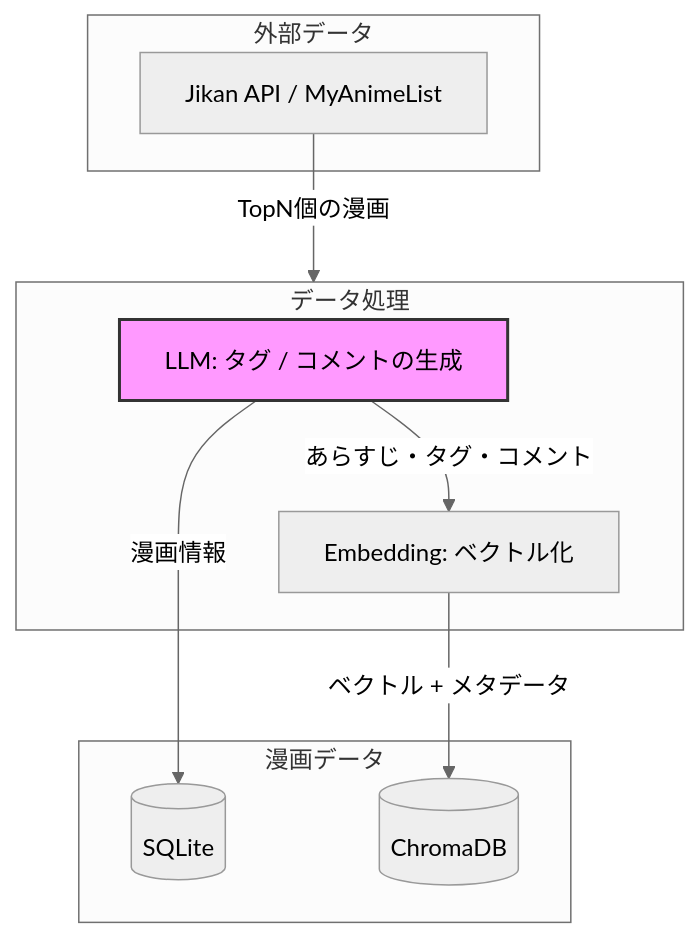
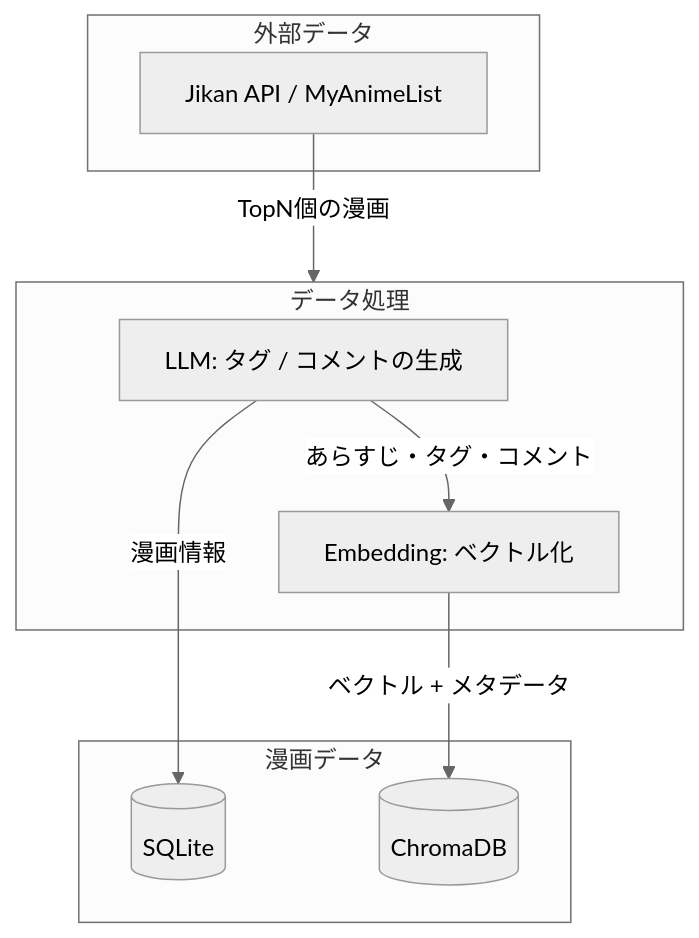
One commit to tsuruta3stack/manga-libraly-by-ai changed the second of 3 diagrams in README.md. Above: the diagram before and after it, drawn with Mermaid (neutral theme).

Commit message:
update: README

````diff
--- a/README.md
+++ b/README.md
@@ -97,33 +97,29 @@
 ```mermaid
 graph TD
     %% 外部データ取得
     subgraph External_API [外部データ]
         Jikan[Jikan API / MyAnimeList]
     end
 
     %% メイン処理フロー
     subgraph App_Service[データ処理]
 	    LLM_Process[LLM: タグ / コメントの生成]
         Vectorize[Embedding: ベクトル化]
     end
 
     %% ストレージ
     subgraph Storage [漫画データ]
         SQLite[(SQLite)]
         Chroma[(ChromaDB)]
     end
 
     %% データフローの接続
     Jikan -->|TopN個の漫画| App_Service
     
     %% LLM後の分岐
     LLM_Process -->|漫画情報| SQLite
     LLM_Process -->|あらすじ・タグ・コメント|Vectorize
     
     %% ベクトルデータの格納
     Vectorize -->|ベクトル + メタデータ| Chroma
-
-    %% 注釈
-    classDef llm fill:#f9f,stroke:#333,stroke-width:2px;
-    class LLM_Process llm;
 ```
````
